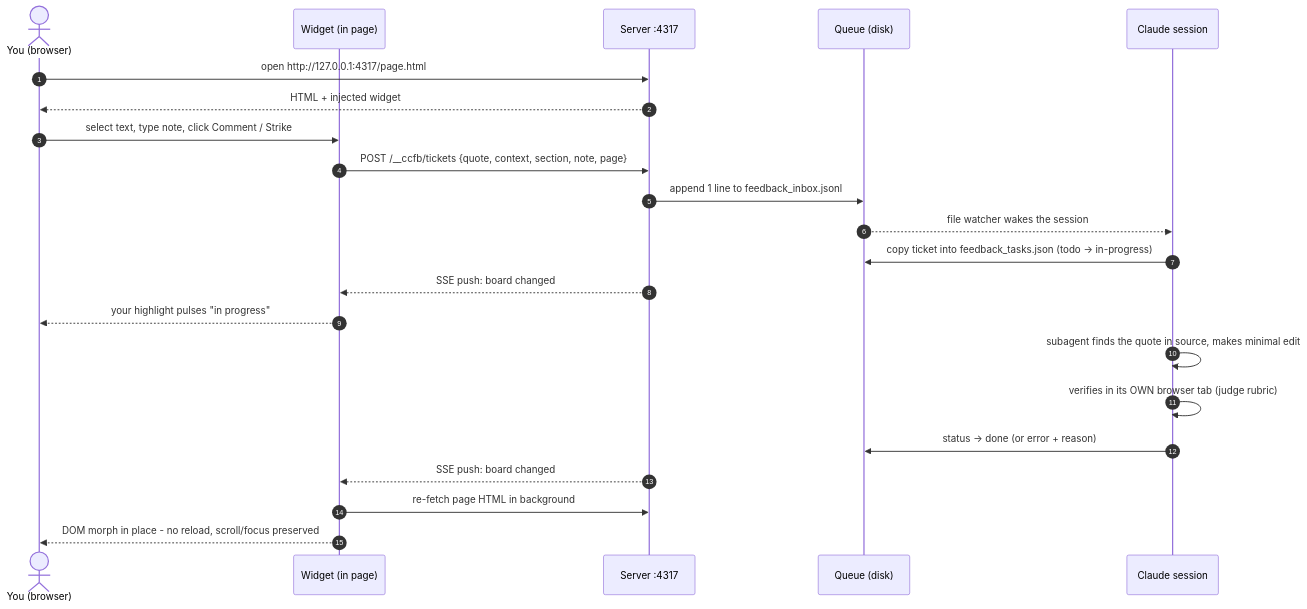
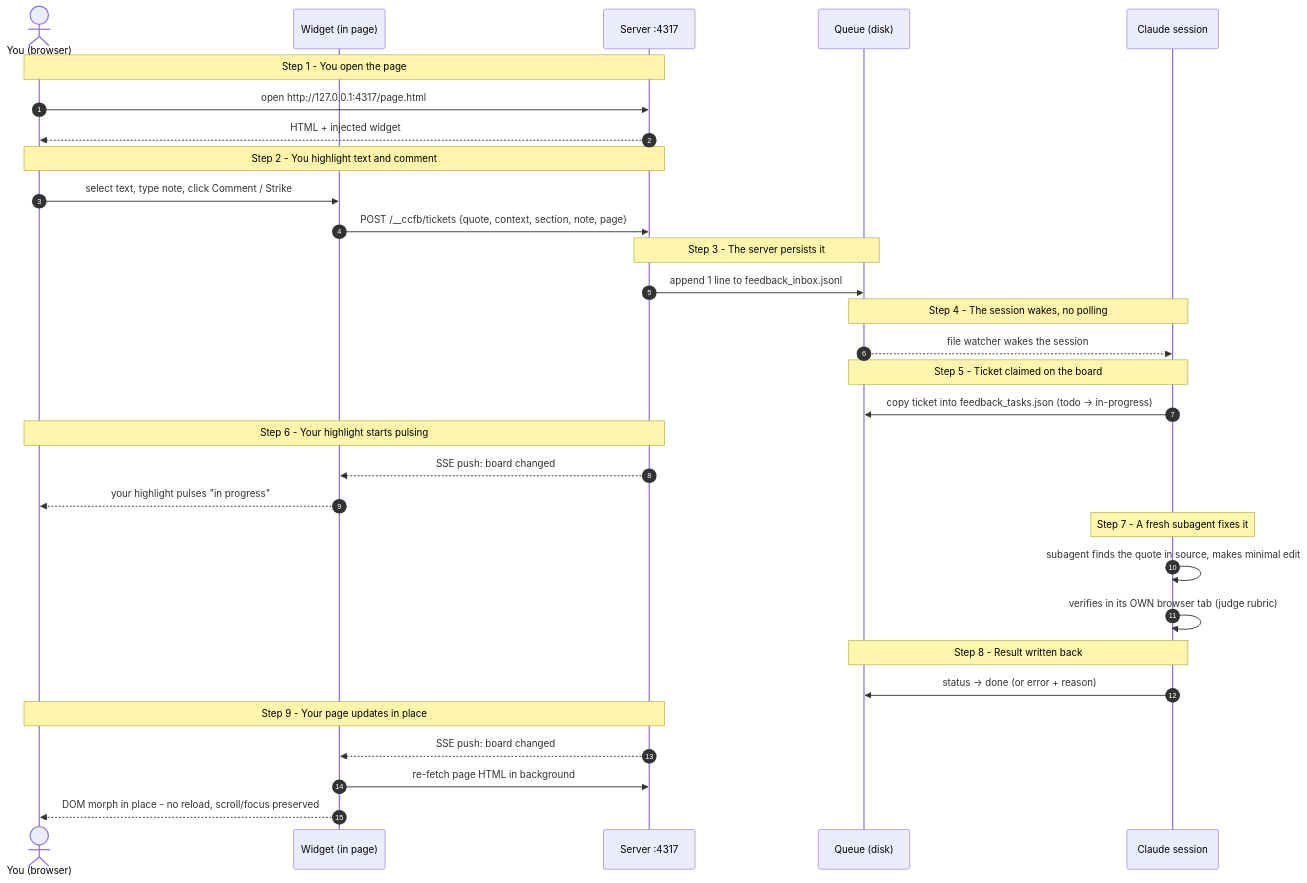
The first of 2 diagrams in docs/how-it-works.md (TechSeeHome/cc-htmlfeedback), drawn with Mermaid before and after one commit. The commit also changed other lines of this file and 2 other files, not shown here.

Commit message:
docs: address review feedback on how-it-works explainer
- fix status-color comment to say "inspired by" (3 of 6 hex values
  didn't actually match feedback-widget.js)
- reconcile the Mermaid sequence diagram with the animated page's
  9-step numbering via Note-over labels, so the two no longer look
  like they disagree on step count
- fix eyebrow to say leetwito/cc-htmlfeedback, matching the canonical
  repo used everywhere else (was TechSeeHome, the working fork)
- note lib/queue.js as the canonical source for the ticket schema
- link the new doc from README's Advanced mode section
- remove dead --lifeline CSS (never set, always rendered at 0px)
- load Google Fonts via <link rel=preconnect>+<link rel=stylesheet>
  instead of a blocking @import inside <style>
- ignore modifier-held arrow keys in the stepper's keydown handler
  so Alt/Cmd/Ctrl+Arrow browser shortcuts don't also change steps

````diff
--- a/docs/how-it-works.md
+++ b/docs/how-it-works.md
@@ -23,25 +23,42 @@
 ```mermaid
 sequenceDiagram
     autonumber
     actor You as You (browser)
     participant W as Widget (in page)
     participant S as Server :4317
     participant Q as Queue (disk)
     participant C as Claude session
 
+    Note over You,S: Step 1 - You open the page
     You->>S: open http://127.0.0.1:4317/page.html
     S-->>You: HTML + injected widget
+
+    Note over You,S: Step 2 - You highlight text and comment
     You->>W: select text, type note, click Comment / Strike
     W->>S: POST /__ccfb/tickets {quote, context, section, note, page}
+
+    Note over S,Q: Step 3 - The server persists it
     S->>Q: append 1 line to feedback_inbox.jsonl
+
+    Note over Q,C: Step 4 - The session wakes, no polling
     Q-->>C: file watcher wakes the session
+
+    Note over C,Q: Step 5 - Ticket claimed on the board
     C->>Q: copy ticket into feedback_tasks.json (todo -> in-progress)
+
+    Note over S,You: Step 6 - Your highlight starts pulsing
     S-->>W: SSE push: board changed
     W-->>You: your highlight pulses "in progress"
+
+    Note over C: Step 7 - A fresh subagent fixes it
     C->>C: subagent finds the quote in source, makes minimal edit
     C->>C: verifies in its OWN browser tab (judge rubric)
+
+    Note over C,Q: Step 8 - Result written back
     C->>Q: status -> done (or error + reason)
+
+    Note over S,You: Step 9 - Your page updates in place
     S-->>W: SSE push: board changed
     W->>S: re-fetch page HTML in background
     W-->>You: DOM morph in place - no reload, scroll/focus preserved
 ```
````
